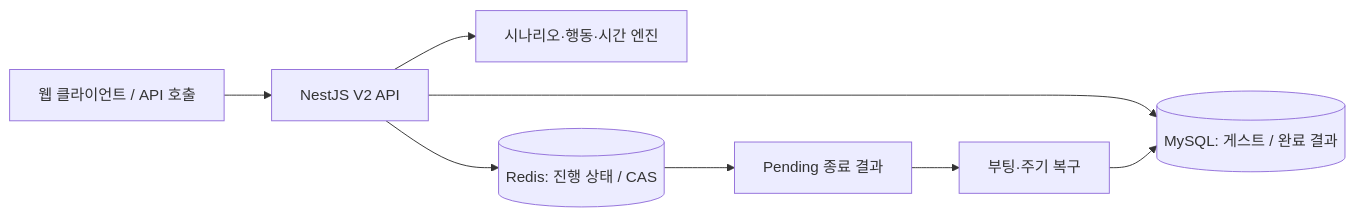
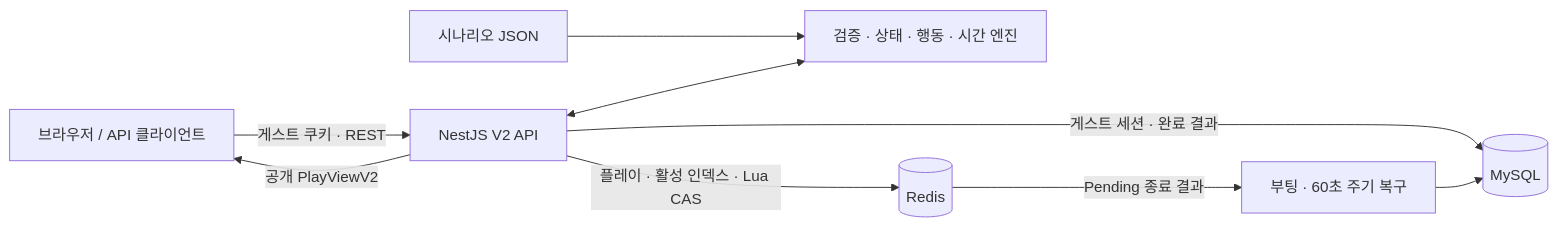
One commit to smLee035117/project-if changed the diagram in README.md. Above: the diagram before and after it, drawn with Mermaid. The commit also changed other lines of this file and 6 other files, not shown here.

````diff
--- a/README.md
+++ b/README.md
@@ -54,10 +9,11 @@
 ```mermaid
 flowchart LR
-    Client[웹 클라이언트 / API 호출] --> Nest[NestJS V2 API]
-    Nest --> Engine[시나리오·행동·시간 엔진]
-    Nest --> Redis[(Redis: 진행 상태 / CAS)]
-    Nest --> MySQL[(MySQL: 게스트 / 완료 결과)]
-    Redis --> Pending[Pending 종료 결과]
-    Pending --> Recovery[부팅·주기 복구]
-    Recovery --> MySQL
+    Client["브라우저 / API 클라이언트"] -->|"게스트 쿠키 · REST"| API["NestJS V2 API"]
+    Data["시나리오 JSON"] --> Engine["검증 · 상태 · 행동 · 시간 엔진"]
+    API <--> Engine
+    API -->|"공개 PlayViewV2"| Client
+    API -->|"플레이 · 활성 인덱스 · Lua CAS"| Redis[("Redis")]
+    API -->|"게스트 세션 · 완료 결과"| SQL[("MySQL")]
+    Redis -->|"Pending 종료 결과"| Recovery["부팅 · 60초 주기 복구"]
+    Recovery --> SQL
 ```
````
